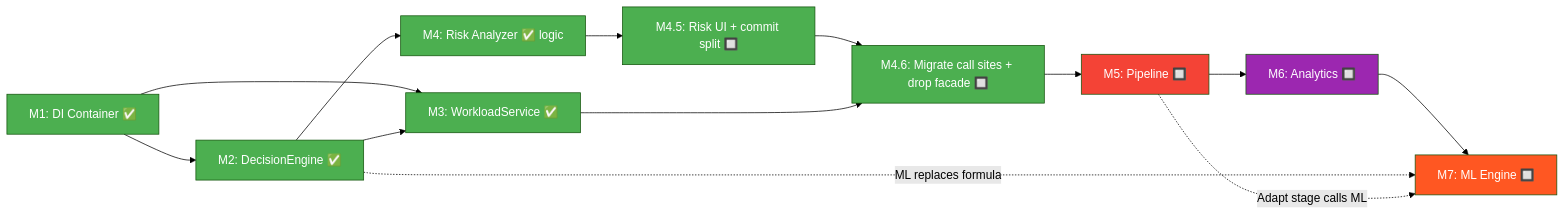
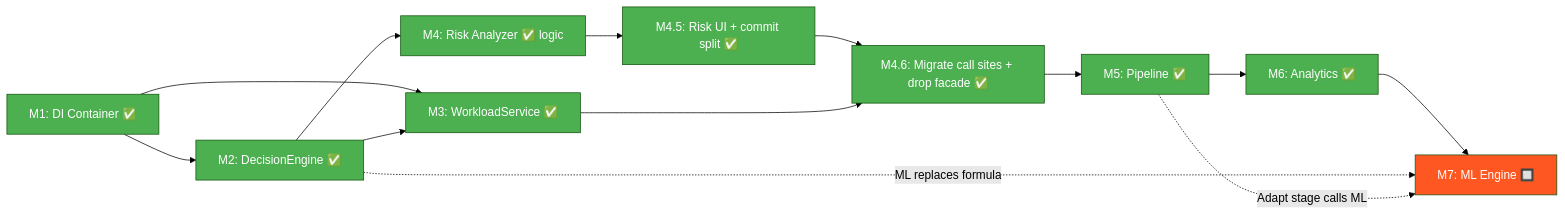
Before and after one commit to PotatoMine725/Smart-Study: the second of 2 diagrams in docs/implementation_plan.md, drawn with Mermaid (forest theme). The commit also changed other lines of this file and 13 other files, not shown here.

````diff
--- a/docs/implementation_plan.md
+++ b/docs/implementation_plan.md
@@ -642,25 +793,25 @@
 ```mermaid
 graph LR
     M1[M1: DI Container ✅] --> M2[M2: DecisionEngine ✅]
     M1 --> M3[M3: WorkloadService ✅]
     M2 --> M3
     M2 --> M4[M4: Risk Analyzer ✅ logic]
-    M4 --> M45[M4.5: Risk UI + commit split 🔲]
-    M45 --> M46[M4.6: Migrate call sites + drop facade 🔲]
+    M4 --> M45[M4.5: Risk UI + commit split ✅]
+    M45 --> M46[M4.6: Migrate call sites + drop facade ✅]
     M3 --> M46
-    M46 --> M5[M5: Pipeline 🔲]
-    M5 --> M6[M6: Analytics 🔲]
+    M46 --> M5[M5: Pipeline ✅]
+    M5 --> M6[M6: Analytics ✅]
     M6 --> M7[M7: ML Engine 🔲]
     M2 -.->|"ML replaces formula"| M7
     M5 -.->|"Adapt stage calls ML"| M7
 
     style M1 fill:#4CAF50,color:white
     style M2 fill:#4CAF50,color:white
     style M3 fill:#4CAF50,color:white
     style M4 fill:#4CAF50,color:white
     style M45 fill:#4CAF50,color:white
     style M46 fill:#4CAF50,color:white
-    style M5 fill:#F44336,color:white
-    style M6 fill:#9C27B0,color:white
+    style M5 fill:#4CAF50,color:white
+    style M6 fill:#4CAF50,color:white
     style M7 fill:#FF5722,color:white
 ```
````
